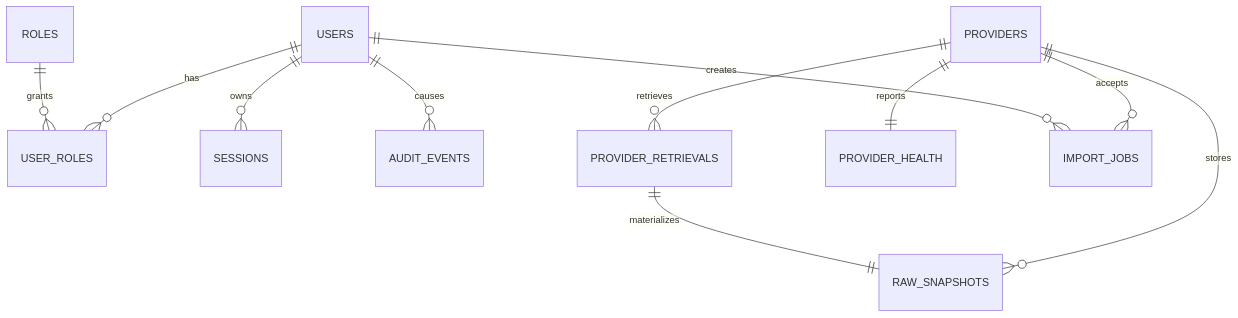
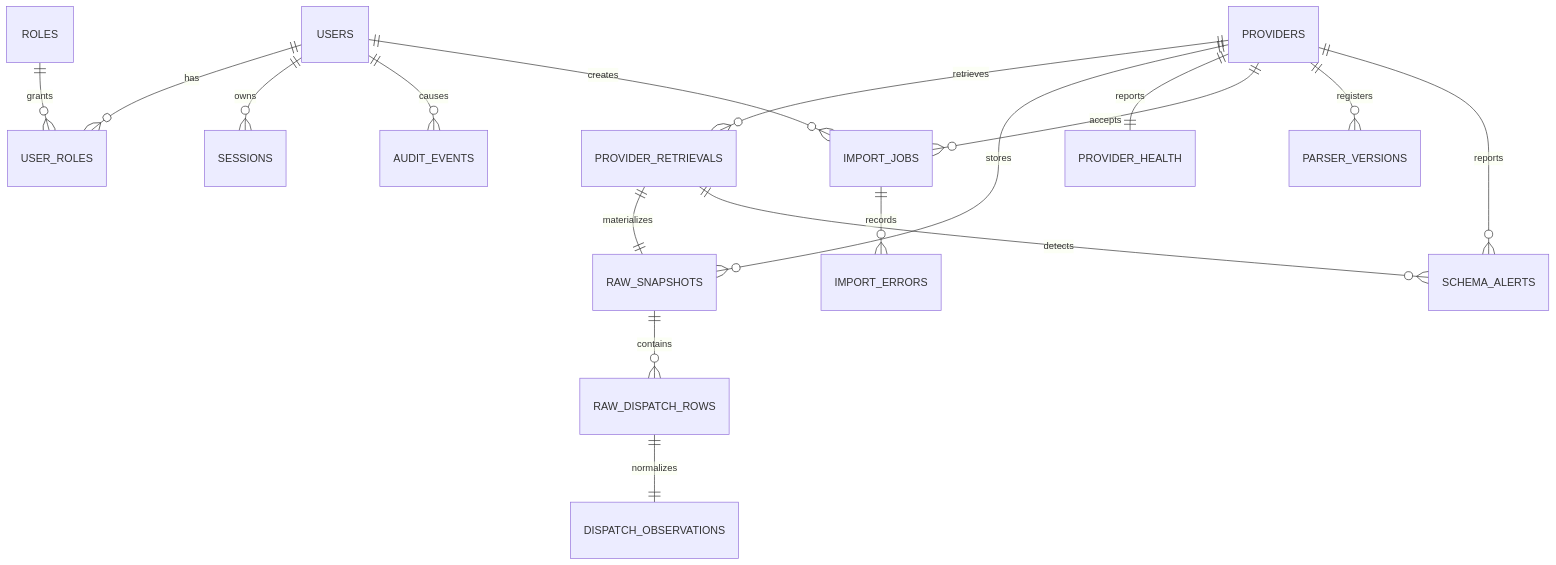
One commit to prospercode11/beyond-fire-radar changed the diagram in docs/architecture/data-model.md. Above: the diagram before and after it, drawn with Mermaid. The commit also changed other lines of this file and 34 other files, not shown here.

````diff
--- a/docs/architecture/data-model.md
+++ b/docs/architecture/data-model.md
@@ -5,13 +5,19 @@
 ```mermaid
 erDiagram
   USERS ||--o{ USER_ROLES : has
   ROLES ||--o{ USER_ROLES : grants
   USERS ||--o{ SESSIONS : owns
   USERS ||--o{ AUDIT_EVENTS : causes
   PROVIDERS ||--o{ PROVIDER_RETRIEVALS : retrieves
   PROVIDERS ||--o{ RAW_SNAPSHOTS : stores
   PROVIDER_RETRIEVALS ||--|| RAW_SNAPSHOTS : materializes
   PROVIDERS ||--|| PROVIDER_HEALTH : reports
   PROVIDERS ||--o{ IMPORT_JOBS : accepts
   USERS ||--o{ IMPORT_JOBS : creates
+  PROVIDERS ||--o{ PARSER_VERSIONS : registers
+  PROVIDERS ||--o{ SCHEMA_ALERTS : reports
+  PROVIDER_RETRIEVALS ||--o{ SCHEMA_ALERTS : detects
+  RAW_SNAPSHOTS ||--o{ RAW_DISPATCH_ROWS : contains
+  RAW_DISPATCH_ROWS ||--|| DISPATCH_OBSERVATIONS : normalizes
+  IMPORT_JOBS ||--o{ IMPORT_ERRORS : records
 ```
````
